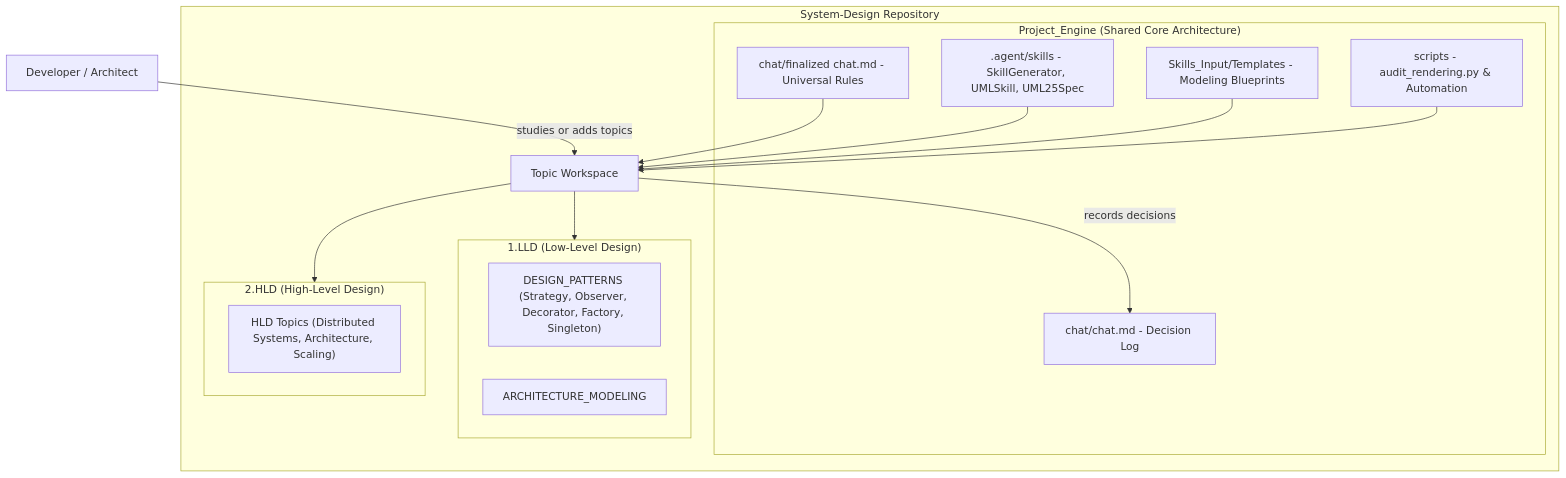
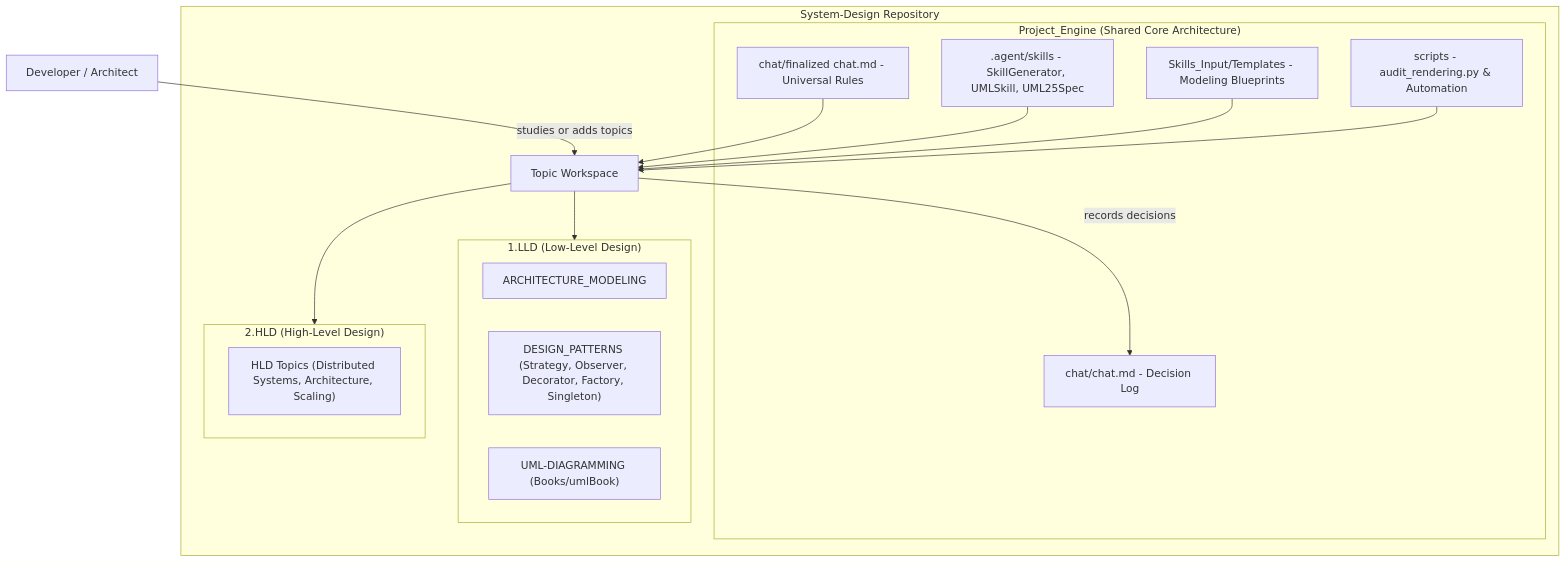
The first of 2 diagrams in README.md (AkmKawser/System-Design), drawn with Mermaid before and after one commit. The commit also changed other lines of this file and 582 other files, not shown here.

````diff
--- a/README.md
+++ b/README.md
@@ -11,28 +11,29 @@
 ```mermaid
 flowchart TD
     USER["Developer / Architect"] -->|"studies or adds topics"| TOPIC
     subgraph REPO["System-Design Repository"]
         subgraph ENGINE["Project_Engine (Shared Core Architecture)"]
             RULES["chat/finalized chat.md - Universal Rules"]
             SKILLS[".agent/skills - SkillGenerator, UMLSkill, UML25Spec"]
             TEMPL["Skills_Input/Templates - Modeling Blueprints"]
             TOOLS["scripts - audit_rendering.py & Automation"]
             LOG["chat/chat.md - Decision Log"]
         end
         subgraph LLD["1.LLD (Low-Level Design)"]
+            AM["ARCHITECTURE_MODELING"]
             DP["DESIGN_PATTERNS (Strategy, Observer, Decorator, Factory, Singleton)"]
-            AM["ARCHITECTURE_MODELING"]
+            UD["UML-DIAGRAMMING (Books/umlBook)"]
         end
         subgraph HLD["2.HLD (High-Level Design)"]
             HN["HLD Topics (Distributed Systems, Architecture, Scaling)"]
         end
         TOPIC["Topic Workspace"]
     end
     RULES --> TOPIC
     SKILLS --> TOPIC
     TEMPL --> TOPIC
     TOOLS --> TOPIC
     TOPIC --> LLD
     TOPIC --> HLD
     TOPIC -->|"records decisions"| LOG
 ```
````
